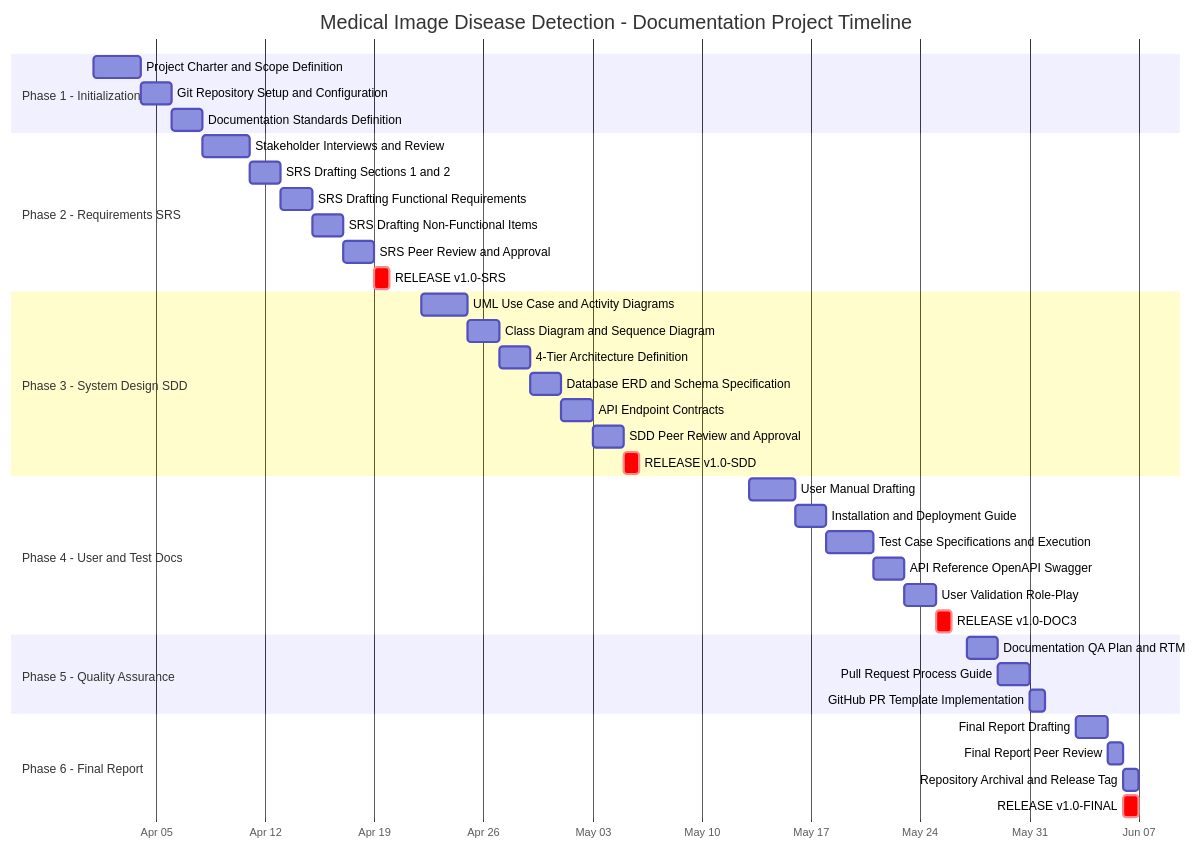
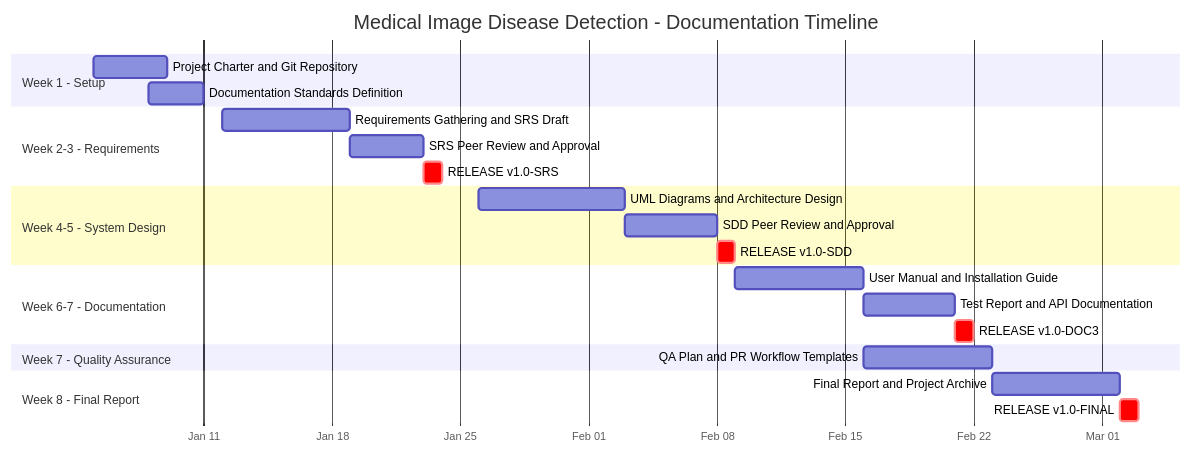
The diagram in diagrams/gantt_project_timeline.md (alirezakavianifar/Medical-Image-Based-Disease-Detection-and-Classification-System), drawn with Mermaid before and after one commit. The commit also changed other lines of this file, not shown here.

Commit message:
INFRA: Fix Gantt chart text overlap by compressing date range to widen task bars

````diff
--- a/diagrams/gantt_project_timeline.md
+++ b/diagrams/gantt_project_timeline.md
@@ -12,47 +12,32 @@
 ```mermaid
 gantt
-    title Medical Image Disease Detection - Documentation Project Timeline
+    title Medical Image Disease Detection - Documentation Timeline
     dateFormat  YYYY-MM-DD
     axisFormat  %b %d
 
-    section Phase 1 - Initialization
-    Project Charter and Scope Definition     :2026-04-01, 3d
-    Git Repository Setup and Configuration   :2026-04-04, 2d
-    Documentation Standards Definition       :2026-04-06, 2d
+    section Week 1 - Setup
+    Project Charter and Git Repository      :2026-01-05, 4d
+    Documentation Standards Definition      :2026-01-08, 3d
 
-    section Phase 2 - Requirements SRS
-    Stakeholder Interviews and Review        :2026-04-08, 3d
-    SRS Drafting Sections 1 and 2            :2026-04-11, 2d
-    SRS Drafting Functional Requirements     :2026-04-13, 2d
-    SRS Drafting Non-Functional Items        :2026-04-15, 2d
-    SRS Peer Review and Approval             :2026-04-17, 2d
-    RELEASE v1.0-SRS                         :crit, 2026-04-19, 1d
+    section Week 2-3 - Requirements
+    Requirements Gathering and SRS Draft    :2026-01-12, 7d
+    SRS Peer Review and Approval            :2026-01-19, 4d
+    RELEASE v1.0-SRS                        :crit, 2026-01-23, 1d
 
-    section Phase 3 - System Design SDD
-    UML Use Case and Activity Diagrams       :2026-04-22, 3d
-    Class Diagram and Sequence Diagram       :2026-04-25, 2d
-    4-Tier Architecture Definition           :2026-04-27, 2d
-    Database ERD and Schema Specification    :2026-04-29, 2d
-    API Endpoint Contracts                   :2026-05-01, 2d
-    SDD Peer Review and Approval             :2026-05-03, 2d
-    RELEASE v1.0-SDD                         :crit, 2026-05-05, 1d
+    section Week 4-5 - System Design
+    UML Diagrams and Architecture Design    :2026-01-26, 8d
+    SDD Peer Review and Approval            :2026-02-03, 5d
+    RELEASE v1.0-SDD                        :crit, 2026-02-08, 1d
 
-    section Phase 4 - User and Test Docs
-    User Manual Drafting                     :2026-05-13, 3d
-    Installation and Deployment Guide        :2026-05-16, 2d
-    Test Case Specifications and Execution   :2026-05-18, 3d
-    API Reference OpenAPI Swagger            :2026-05-21, 2d
-    User Validation Role-Play                :2026-05-23, 2d
-    RELEASE v1.0-DOC3                        :crit, 2026-05-25, 1d
+    section Week 6-7 - Documentation
+    User Manual and Installation Guide      :2026-02-09, 7d
+    Test Report and API Documentation       :2026-02-16, 5d
+    RELEASE v1.0-DOC3                       :crit, 2026-02-21, 1d
 
-    section Phase 5 - Quality Assurance
-    Documentation QA Plan and RTM            :2026-05-27, 2d
-    Pull Request Process Guide               :2026-05-29, 2d
-    GitHub PR Template Implementation        :2026-05-31, 1d
+    section Week 7 - Quality Assurance
+    QA Plan and PR Workflow Templates       :2026-02-16, 7d
 
-    section Phase 6 - Final Report
-    Final Report Drafting                    :2026-06-03, 2d
-    Final Report Peer Review                 :2026-06-05, 1d
-    Repository Archival and Release Tag      :2026-06-06, 1d
-    RELEASE v1.0-FINAL                       :crit, 2026-06-06, 1d
+    section Week 8 - Final Report
+    Final Report and Project Archive        :2026-02-23, 7d
+    RELEASE v1.0-FINAL                      :crit, 2026-03-02, 1d
 ```
````
